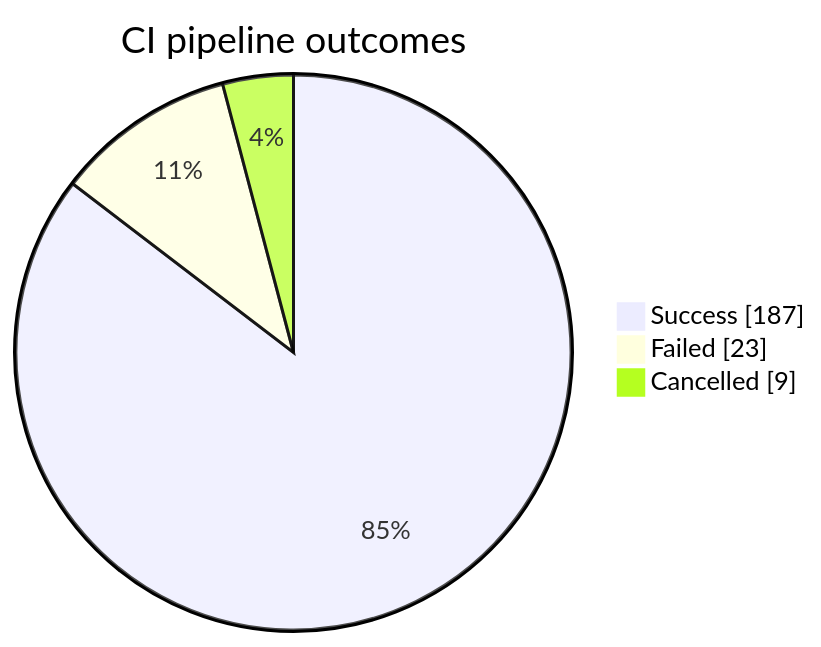
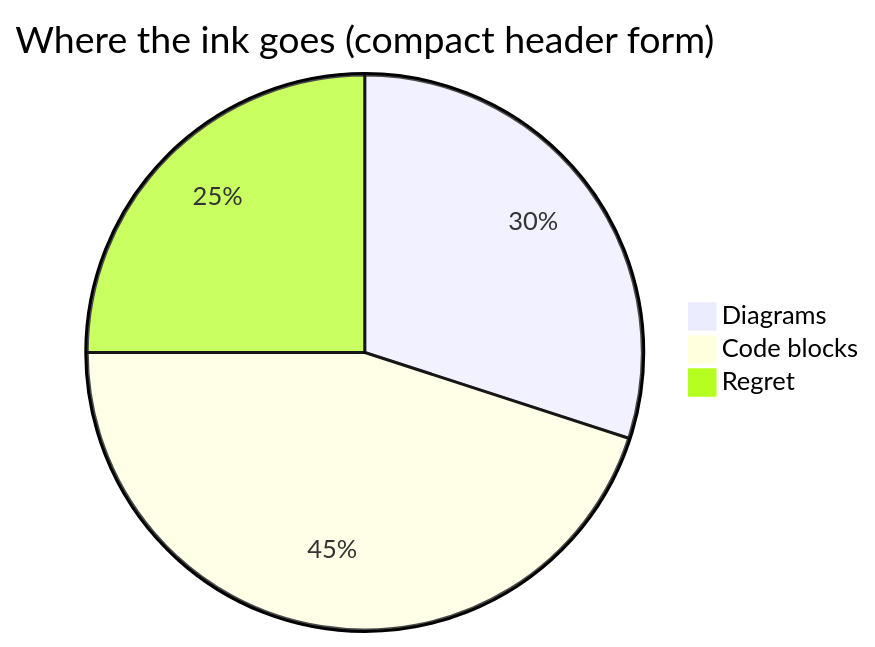
Diagram 14 of 26 in tests/Mermaider.Tests/Fixtures/mermaid.md (nullean/mermaider), drawn with Mermaid before and after one commit. The commit also changed other lines of this file, not shown here.

Commit message:
Reword mermaid.md fixture prose for Mermaider; keep all diagram content intact

````diff
--- a/tests/Mermaider.Tests/Fixtures/mermaid.md
+++ b/tests/Mermaider.Tests/Fixtures/mermaid.md
@@ -210,6 +203,6 @@
 ```mermaid
-pie showData title CI pipeline outcomes
-    "Success" : 187
-    "Failed" : 23
-    "Cancelled" : 9
+pie title Where the ink goes (compact header form)
+    "Diagrams" : 30
+    "Code blocks" : 45
+    "Regret" : 25
 ```
````
